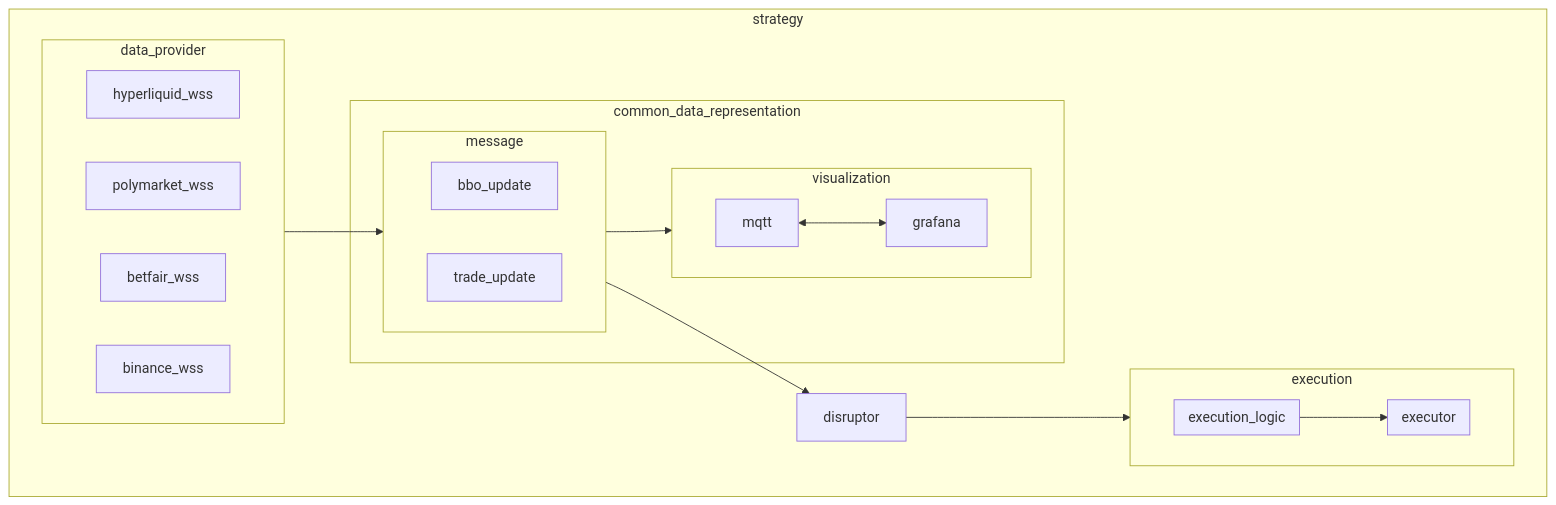
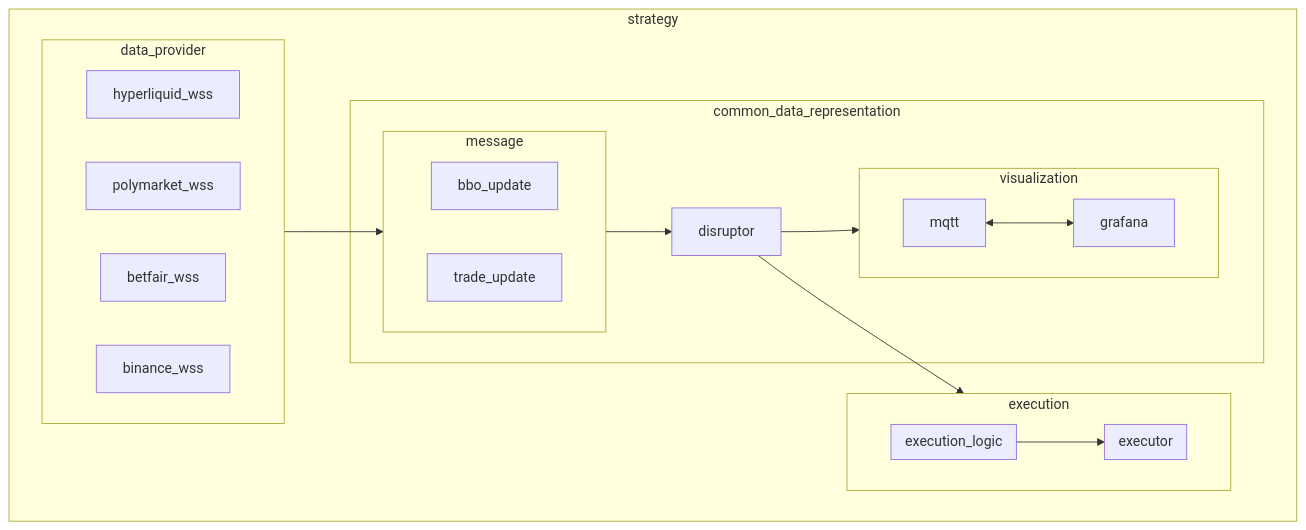
Before and after one commit to sbOogway/mma: the first of 2 diagrams in README.md, drawn with Mermaid. The commit also changed 7 other files, not shown here.

````diff
--- a/README.md
+++ b/README.md
@@ -7,56 +7,57 @@
 ```mermaid
 flowchart TD
     subgraph strategy
-        disruptor
+        
         subgraph execution [execution]
             direction LR
             subgraph executor [executor]
             end
             subgraph execution_logic [execution_logic]
             end
             
         end
         subgraph common_data_representation
+            disruptor
             subgraph visualization
                 direction LR
                 mqtt
                 grafana
             end
 
             subgraph message
                 direction LR
             
 
                 bbo_update
                 trade_update
             end
 
             
 
         end
 
         subgraph data_provider
             direction LR
             hyperliquid_wss
             polymarket_wss
             betfair_wss
             binance_wss
         end
 
         
 
         
     end
 
     data_provider --> message
     common_data_representation --> visualization
 
     message --> disruptor
     disruptor --> execution
 
     mqtt <--> grafana
 
-    message --> visualization
+    disruptor --> visualization
 
     execution_logic --> executor
 ```
````
